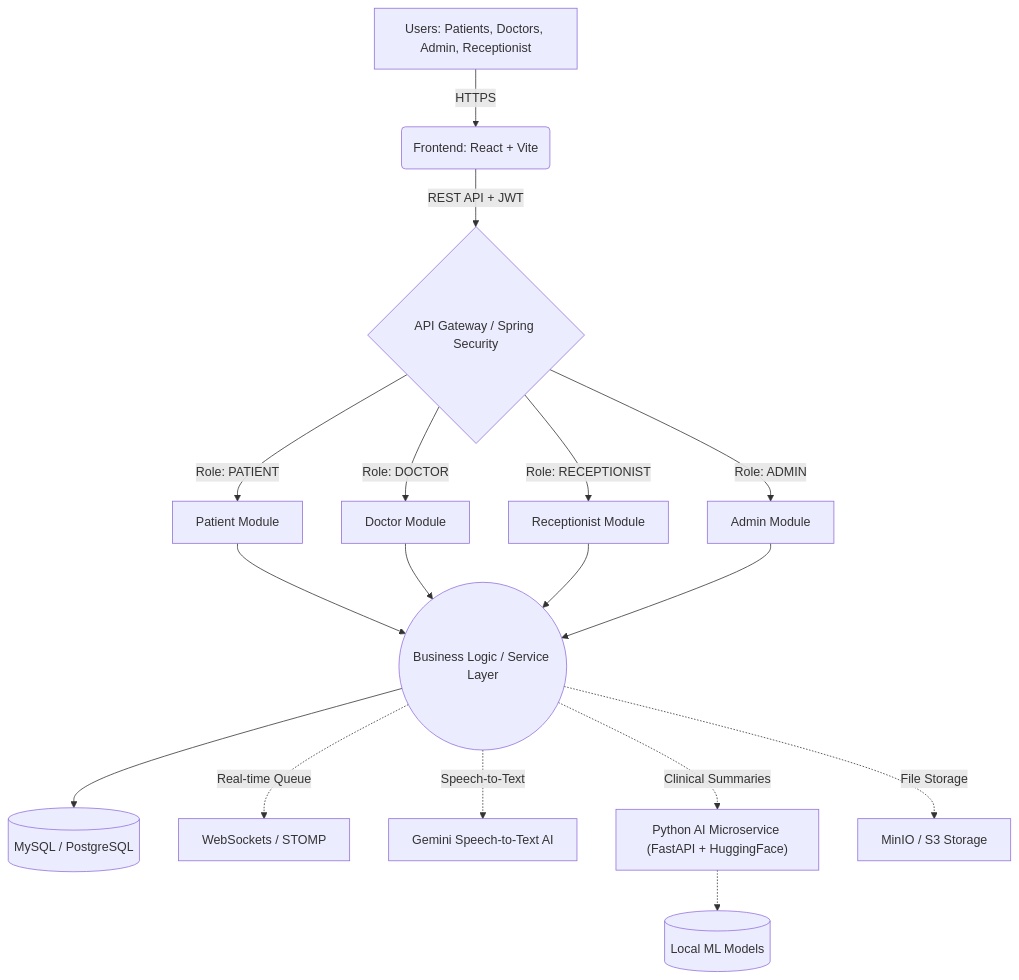
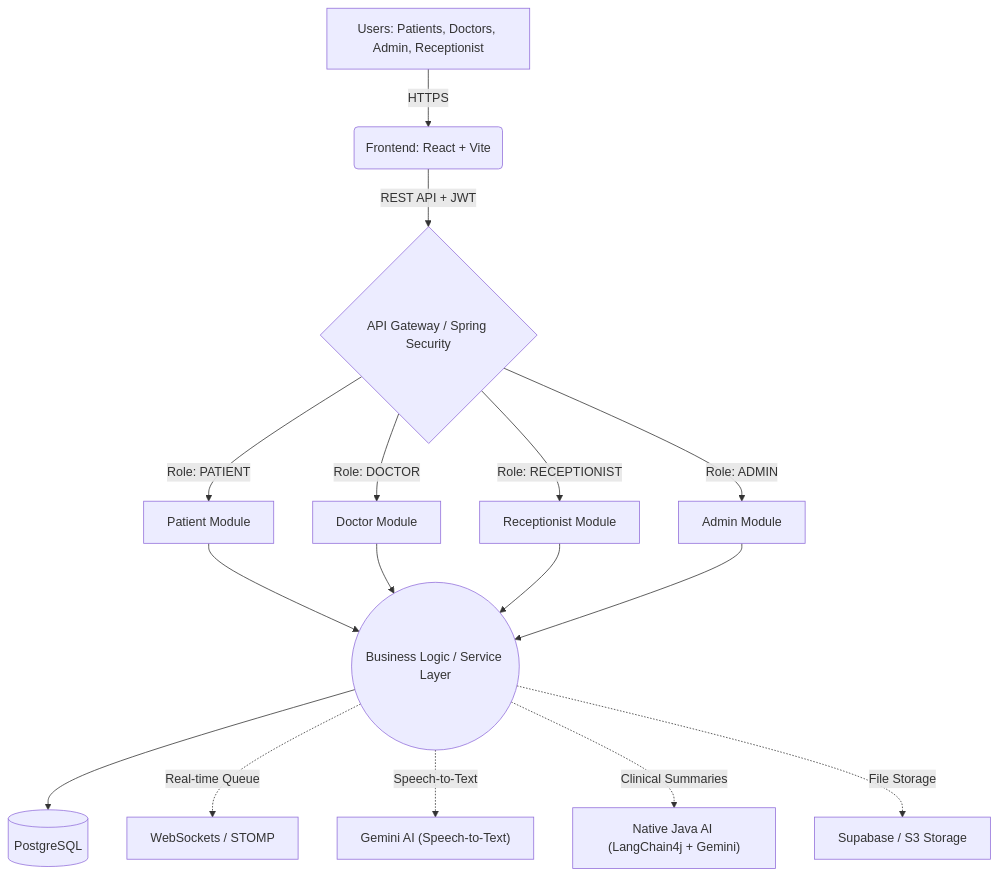
Before and after one commit to VSK-777/ArogyaMitra: the diagram in ARCHITECTURE.md, drawn with Mermaid.

Commit message:
docs: fix stale mermaid diagram to reflect unified LangChain4j AI architecture instead of Python microservice

````diff
--- a/ARCHITECTURE.md
+++ b/ARCHITECTURE.md
@@ -12,23 +12,22 @@
 ```mermaid
 graph TD
     A["Users: Patients, Doctors, Admin, Receptionist"] -->|HTTPS| B("Frontend: React + Vite")
     B -->|REST API + JWT| C{"API Gateway / Spring Security"}
     
     C -->|Role: PATIENT| D["Patient Module"]
     C -->|Role: DOCTOR| E["Doctor Module"]
     C -->|Role: RECEPTIONIST| F["Receptionist Module"]
     C -->|Role: ADMIN| G["Admin Module"]
     
     D --> H(("Business Logic / Service Layer"))
     E --> H
     F --> H
     G --> H
     
-    H --> I[("MySQL / PostgreSQL")]
+    H --> I[("PostgreSQL")]
     
     H -.->|Real-time Queue| J["WebSockets / STOMP"]
-    H -.->|Speech-to-Text| K["Gemini Speech-to-Text AI"]
-    H -.->|Clinical Summaries| L["Python AI Microservice (FastAPI + HuggingFace)"]
-    L -.-> N[("Local ML Models")]
-    H -.->|File Storage| M["MinIO / S3 Storage"]
+    H -.->|Speech-to-Text| K["Gemini AI (Speech-to-Text)"]
+    H -.->|Clinical Summaries| L["Native Java AI (LangChain4j + Gemini)"]
+    H -.->|File Storage| M["Supabase / S3 Storage"]
 ```
````
